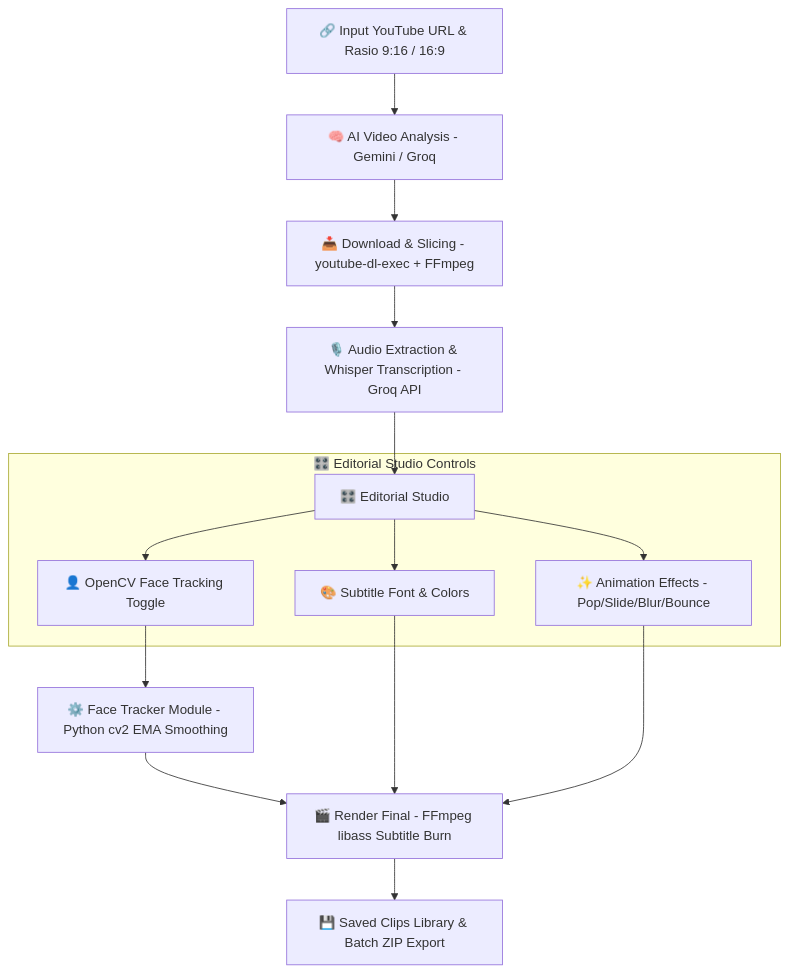
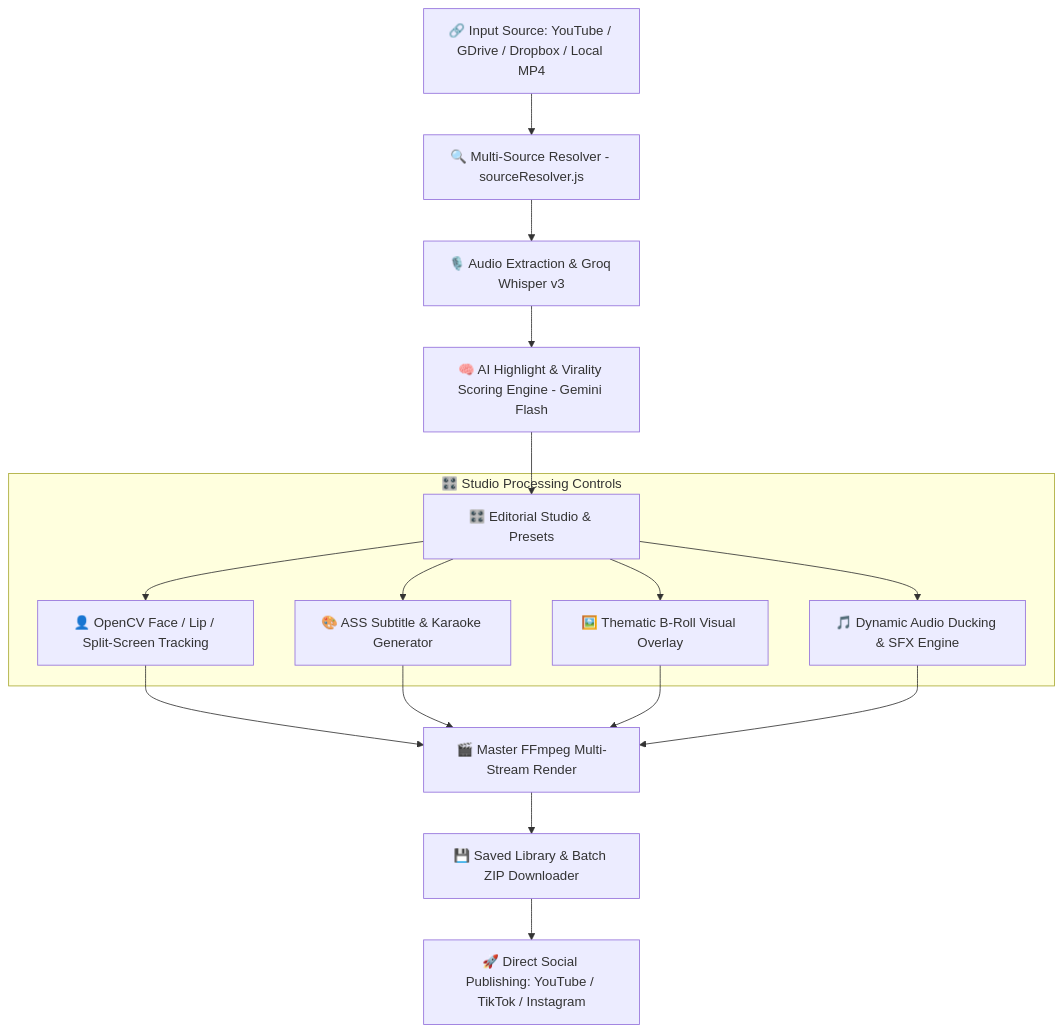
One commit to ArloDel/arlo-clipper changed the diagram in README.md. Above: the diagram before and after it, drawn with Mermaid. The commit also changed other lines of this file and 23 other files, not shown here.

Commit message:
docs: add comprehensive ARCHITECTURE.md, standardize JSDoc across lib modules, and harden FFmpeg rendering

````diff
--- a/README.md
+++ b/README.md
@@ -64,19 +69,21 @@
 ```mermaid
 graph TD
-    A[🔗 Input YouTube URL & Rasio 9:16 / 16:9] --> B[🧠 AI Video Analysis - Gemini / Groq]
-    B --> C[📥 Download & Slicing - youtube-dl-exec + FFmpeg]
-    C --> D[🎙️ Audio Extraction & Whisper Transcription - Groq API]
-    D --> E[🎛️ Editorial Studio]
+    A[🔗 Input Source: YouTube / GDrive / Dropbox / Local MP4] --> B[🔍 Multi-Source Resolver - sourceResolver.js]
+    B --> C[🎙️ Audio Extraction & Groq Whisper v3]
+    C --> D[🧠 AI Highlight & Virality Scoring Engine - Gemini Flash]
+    D --> E[🎛️ Editorial Studio & Presets]
     
-    subgraph Editor ["🎛️ Editorial Studio Controls"]
-        E --> E1[👤 OpenCV Face Tracking Toggle]
-        E --> E2[🎨 Subtitle Font & Colors]
-        E --> E3[✨ Animation Effects - Pop/Slide/Blur/Bounce]
+    subgraph StudioControls ["🎛️ Studio Processing Controls"]
+        E --> E1[👤 OpenCV Face / Lip / Split-Screen Tracking]
+        E --> E2[🎨 ASS Subtitle & Karaoke Generator]
+        E --> E3[🖼️ Thematic B-Roll Visual Overlay]
+        E --> E4[🎵 Dynamic Audio Ducking & SFX Engine]
     end
 
-    E1 --> F[⚙️ Face Tracker Module - Python cv2 EMA Smoothing]
-    F --> G[🎬 Render Final - FFmpeg libass Subtitle Burn]
-    E2 --> G
-    E3 --> G
-    G --> H[💾 Saved Clips Library & Batch ZIP Export]
+    E1 --> F[🎬 Master FFmpeg Multi-Stream Render]
+    E2 --> F
+    E3 --> F
+    E4 --> F
+    F --> G[💾 Saved Library & Batch ZIP Downloader]
+    G --> H[🚀 Direct Social Publishing: YouTube / TikTok / Instagram]
 ```
````
